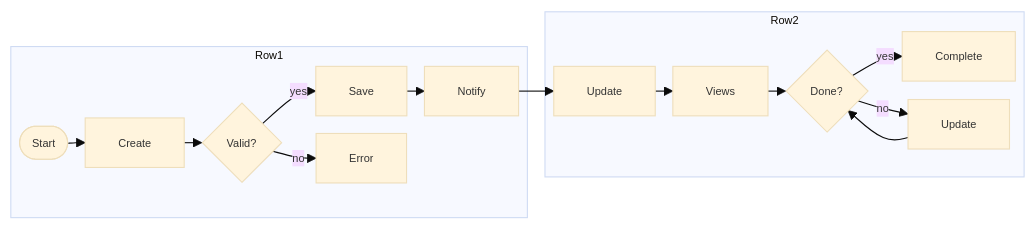
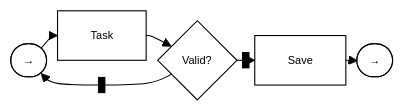
The diagram in diagrams/activity-slide.mmd (ritiku2004/Zira-Project-details), drawn with Mermaid before and after one commit. The commit also changed 2 other files, not shown here.

Commit message:
Diagrames added

````diff
--- a/diagrams/activity-slide.mmd
+++ b/diagrams/activity-slide.mmd
@@ -2,26 +2,21 @@
 ```mermaid
 %% Compact slide-friendly activity diagram
 %% Use init to reduce node/rank spacing and a small font class
-%%{init: {"theme":"base","flowchart": {"nodeSpacing": 16, "rankSpacing": 16, "curve":"basis"}, "themeVariables": {"fontSize": "10px", "fontFamily": "arial"}}}%%
+%%{init: {"theme":"base", "flowchart": {"nodeSpacing": 10, "rankSpacing": 10}, "themeVariables": {"fontSize": "10px", "fontFamily": "arial", "primaryColor": "#000000", "primaryTextColor": "#000000", "lineColor": "#000000", "tertiaryColor": "#fff"}}}%%
 flowchart LR
-  classDef small font-size:10px,font-family:arial;
+  classDef basic fill:#fff,stroke:#000,color:#000,font-size:10px
+  classDef diamond fill:#fff,stroke:#000,color:#000,font-size:10px
 
-  subgraph Row1
-    Start([Start]) --> Create[Create] --> Valid{Valid?}
-    Valid -->|yes| Save[Save] --> Notify[Notify]
-    Valid -->|no| Error[Error]
-  end
-  subgraph Row2
-    Notify --> Update[Update] --> Views[Views] --> Loop{Done?}
-    Loop -->|yes| Done[Complete]
-    Loop -->|no| Status[Update]
-    Status --> Loop
-  end
+  Start([→]) --> Task[Task] --> Valid{Valid?}
+  Valid -->|Y| Save[Save]
+  Valid -->|N| Start
+  Save --> Done([→])
 
-  class Start,Create,Save,Error,Notify,Update,Views,Status,Done small
+  class Start,Task,Save basic
+  class Valid diamond
   
   %% Compact 2-row layout to minimize vertical height
   
   %% Adjust layout to be more compact with 3:4 ratio
 
 ``` 
````
